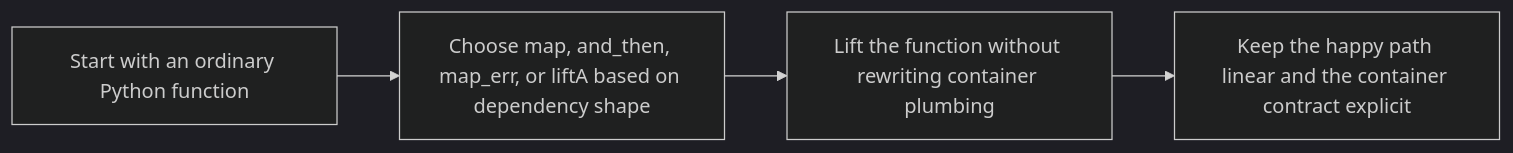
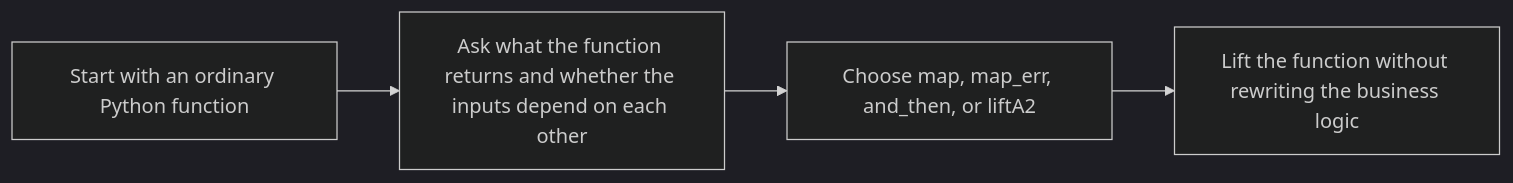
One commit to bijux/bijux-masterclass changed the diagram in programs/python-programming/python-functional-programming/course-book/module-06-monadic-flow-explicit-context/lifting-plain-functions.md. Above: the diagram before and after it, drawn with Mermaid (dark theme). The commit also changed other lines of this file, not shown here.

````diff
--- a/programs/python-programming/python-functional-programming/course-book/module-06-monadic-flow-explicit-context/lifting-plain-functions.md
+++ b/programs/python-programming/python-functional-programming/course-book/module-06-monadic-flow-explicit-context/lifting-plain-functions.md
@@ -7,6 +6,6 @@
 ```mermaid
 flowchart LR
-  plain["Start with an ordinary Python function"] --> choose["Choose map, and_then, map_err, or liftA based on dependency shape"]
-  choose --> lift["Lift the function without rewriting container plumbing"]
-  lift --> read["Keep the happy path linear and the container contract explicit"]
+  plain["Start with an ordinary Python function"] --> classify["Ask what the function returns and whether the inputs depend on each other"]
+  classify --> choose["Choose map, map_err, and_then, or liftA2"]
+  choose --> pipeline["Lift the function without rewriting the business logic"]
 ```
````
